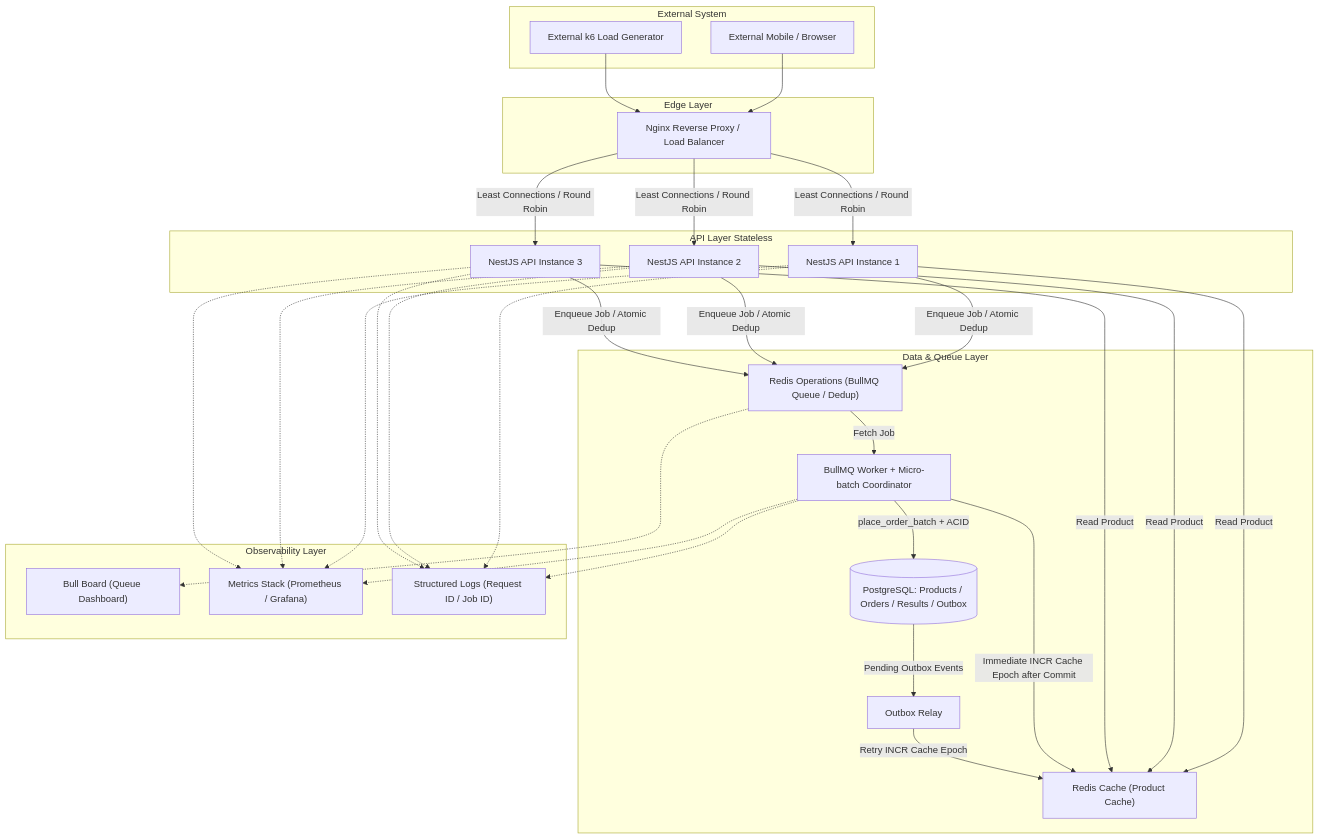
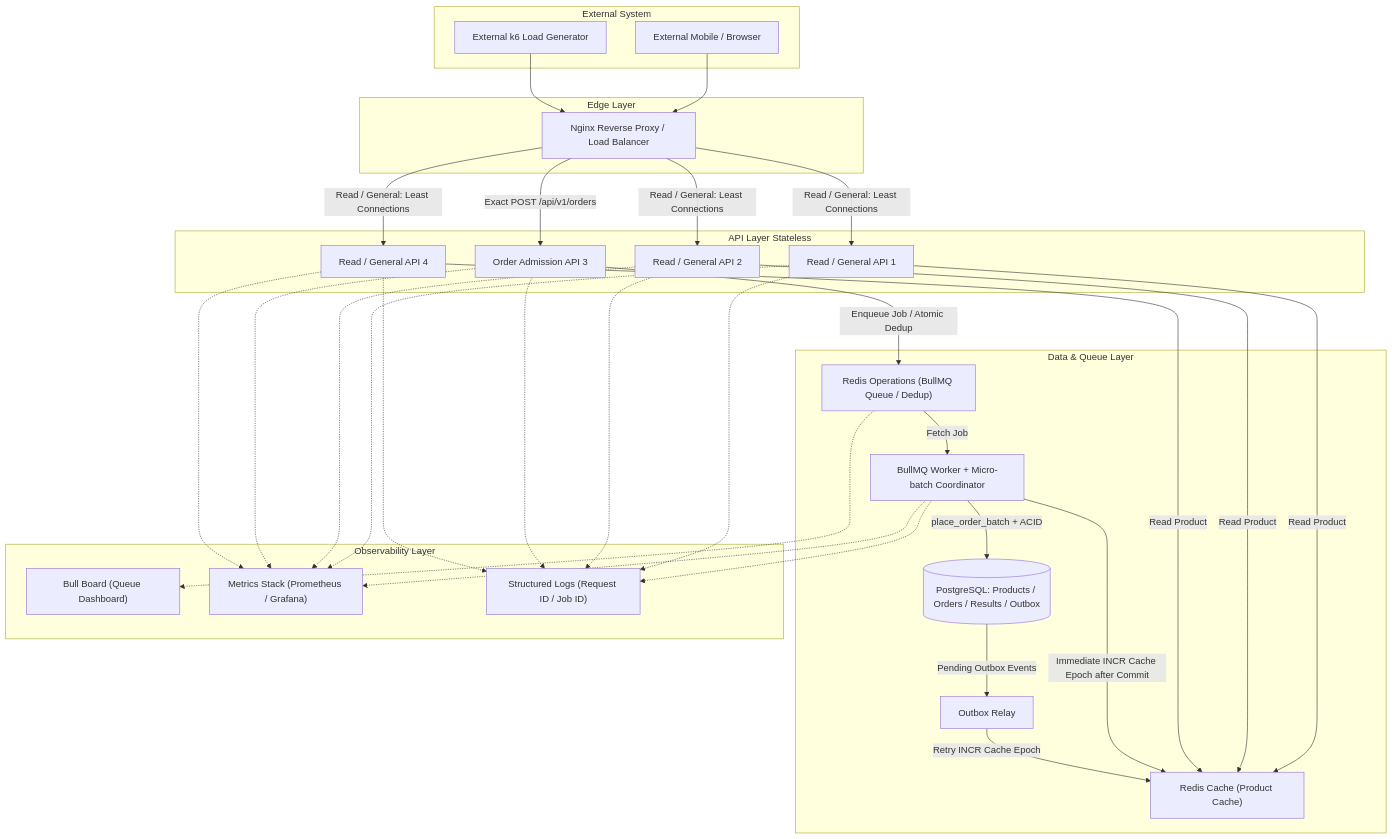
Before and after one commit to sanpipop/FlashSaleSystem: the diagram in doc/architecture/architecture.md, drawn with Mermaid. The commit also changed other lines of this file and 7 other files, not shown here.

First line of the commit message:
perf(edge): isolate order admission with a dedicated API

````diff
--- a/doc/architecture/architecture.md
+++ b/doc/architecture/architecture.md
@@ -48,61 +48,63 @@
 ```mermaid
 graph TD
     subgraph External System
         Client["External Mobile / Browser"]
         k6["External k6 Load Generator"]
     end
 
     subgraph Edge Layer
         Nginx["Nginx Reverse Proxy / Load Balancer"]
     end
 
     subgraph API Layer Stateless
-        API1["NestJS API Instance 1"]
-        API2["NestJS API Instance 2"]
-        API3["NestJS API Instance 3"]
+        API1["Read / General API 1"]
+        API2["Read / General API 2"]
+        API4["Read / General API 4"]
+        API3["Order Admission API 3"]
     end
 
     subgraph Data & Queue Layer
         RedisCache["Redis Cache (Product Cache)"]
         RedisOps["Redis Operations (BullMQ Queue / Dedup)"]
         Worker["BullMQ Worker + Micro-batch Coordinator"]
         PostgreSQL[("PostgreSQL: Products / Orders / Results / Outbox")]
         Outbox["Outbox Relay"]
     end
 
     subgraph Observability Layer
         BullBoard["Bull Board (Queue Dashboard)"]
         Metrics["Metrics Stack (Prometheus / Grafana)"]
         Logs["Structured Logs (Request ID / Job ID)"]
     end
 
     Client --> Nginx
     k6 --> Nginx
-    Nginx -->|Least Connections / Round Robin| API1
-    Nginx -->|Least Connections / Round Robin| API2
-    Nginx -->|Least Connections / Round Robin| API3
+    Nginx -->|Read / General: Least Connections| API1
+    Nginx -->|Read / General: Least Connections| API2
+    Nginx -->|Read / General: Least Connections| API4
+    Nginx -->|Exact POST /api/v1/orders| API3
 
     API1 -->|Read Product| RedisCache
     API2 -->|Read Product| RedisCache
-    API3 -->|Read Product| RedisCache
+    API4 -->|Read Product| RedisCache
 
-    API1 -->|Enqueue Job / Atomic Dedup| RedisOps
-    API2 -->|Enqueue Job / Atomic Dedup| RedisOps
     API3 -->|Enqueue Job / Atomic Dedup| RedisOps
 
     RedisOps -->|Fetch Job| Worker
     Worker -->|place_order_batch + ACID| PostgreSQL
     PostgreSQL -->|Pending Outbox Events| Outbox
     Worker -->|Immediate INCR Cache Epoch after Commit| RedisCache
     Outbox -->|Retry INCR Cache Epoch| RedisCache
 
     RedisOps -.-> BullBoard
     API1 -.-> Logs
     API2 -.-> Logs
     API3 -.-> Logs
+    API4 -.-> Logs
     Worker -.-> Logs
     API1 -.-> Metrics
     API2 -.-> Metrics
     API3 -.-> Metrics
+    API4 -.-> Metrics
     Worker -.-> Metrics
 ```
````
